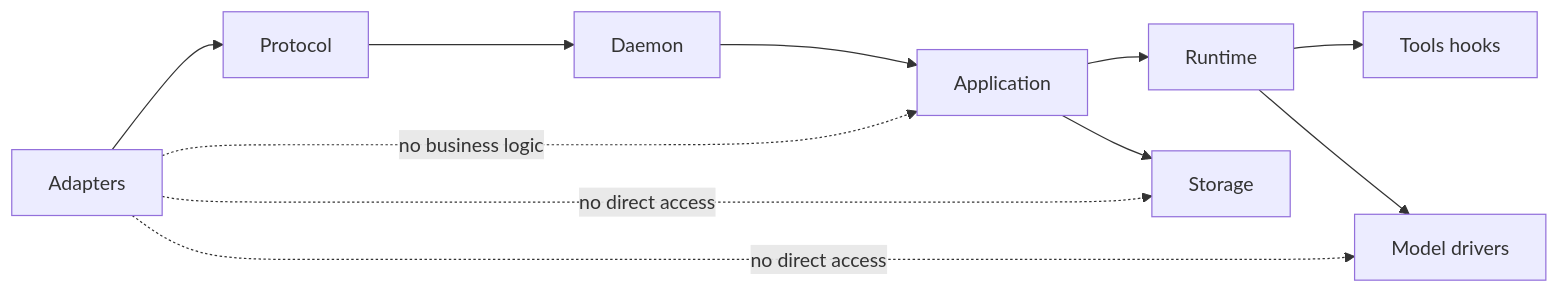
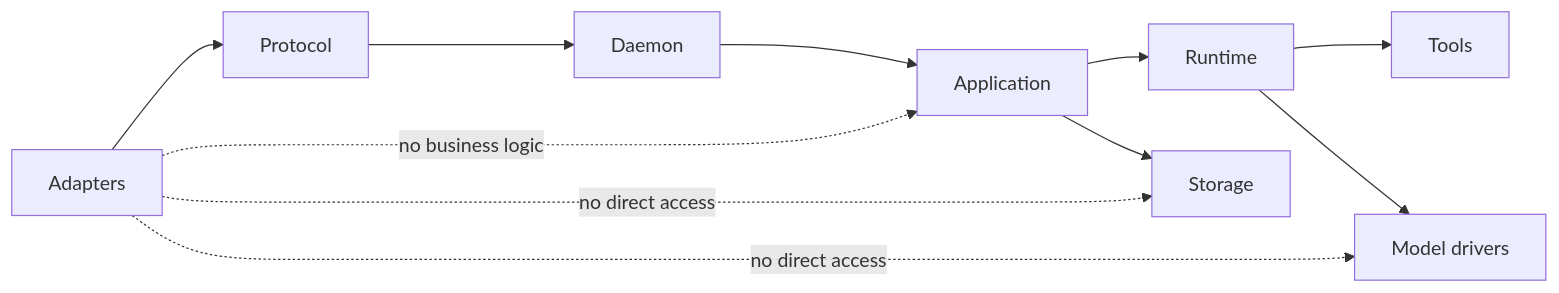
One commit to y0tsy/intention-relay changed the diagram in docs/intention-relay/architecture/00-principles-and-scope.md. Above: the diagram before and after it, drawn with Mermaid. The commit also changed other lines of this file and 288 other files, not shown here.

````diff
--- a/docs/intention-relay/architecture/00-principles-and-scope.md
+++ b/docs/intention-relay/architecture/00-principles-and-scope.md
@@ -80,14 +80,14 @@
 ```mermaid
 flowchart LR
   AD[Adapters] --> PR[Protocol]
   PR --> DM[Daemon]
   DM --> AP[Application]
   AP --> RT[Runtime]
-  RT --> TO[Tools hooks]
+  RT --> TO[Tools]
   RT --> MO[Model drivers]
   AP --> DB[Storage]
 
   AD -. no business logic .-> AP
   AD -. no direct access .-> DB
   AD -. no direct access .-> MO
 ```
````
